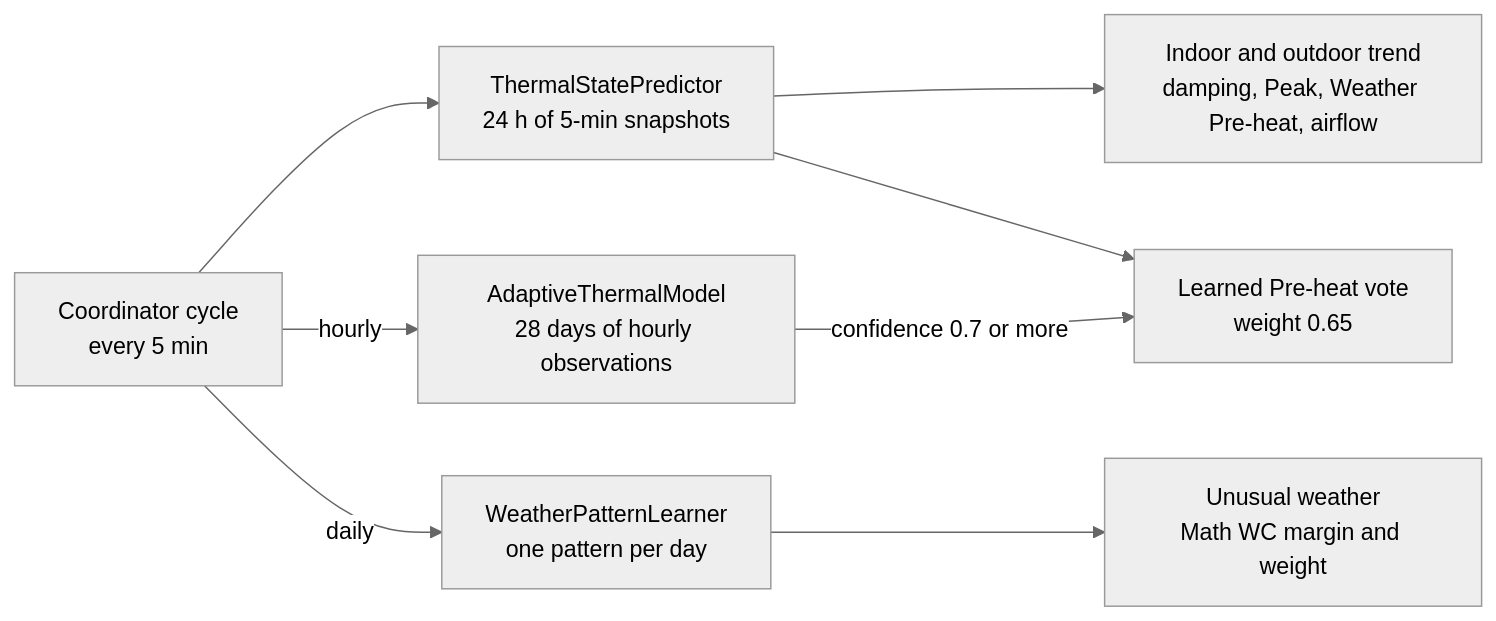
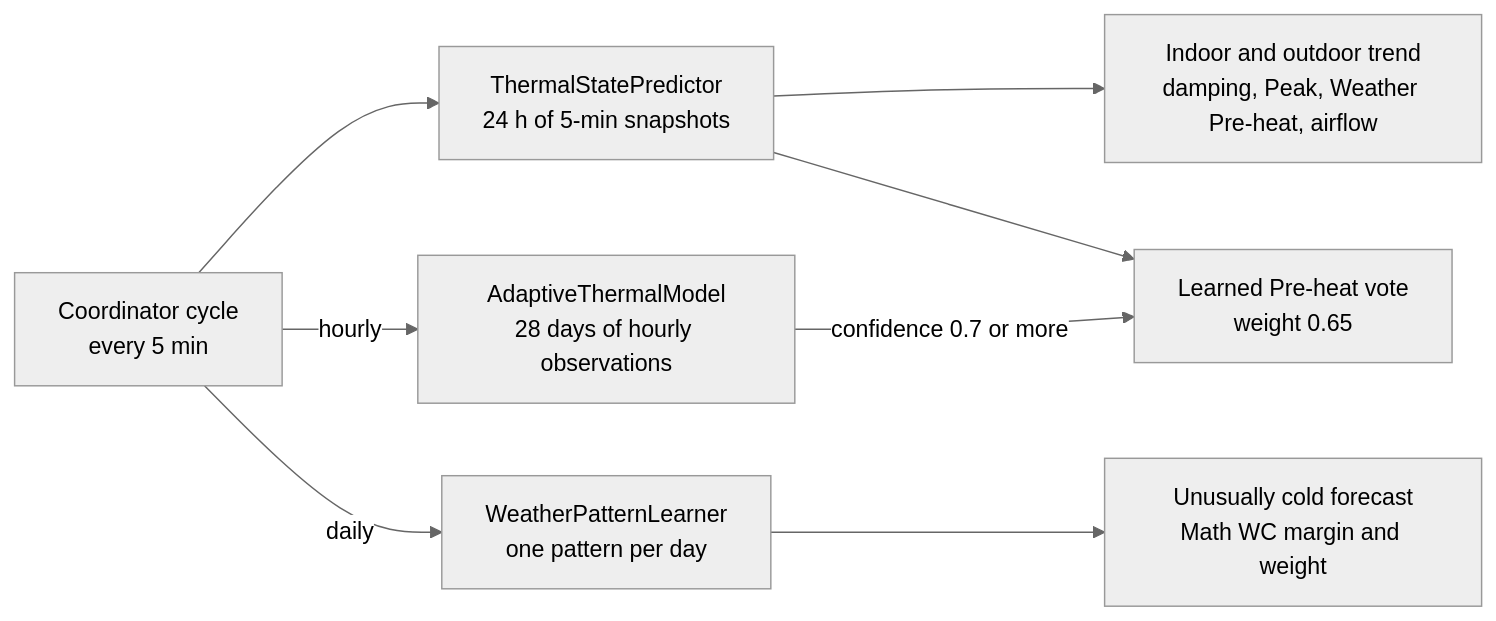
Before and after one commit to enoch85/EffektGuard: the diagram in docs/architecture/06_learning_integration.md, drawn with Mermaid (neutral theme). The commit also changed other lines of this file and 6 other files, not shown here.

````diff
--- a/docs/architecture/06_learning_integration.md
+++ b/docs/architecture/06_learning_integration.md
@@ -7,11 +7,11 @@
 ```mermaid
 flowchart LR
     C["Coordinator cycle<br/>every 5 min"]
     C --> P["ThermalStatePredictor<br/>24 h of 5-min snapshots"]
     C -->|hourly| A["AdaptiveThermalModel<br/>28 days of hourly observations"]
     C -->|daily| W["WeatherPatternLearner<br/>one pattern per day"]
     P --> T["Indoor and outdoor trend<br/>damping, Peak, Weather Pre-heat, airflow"]
     P --> L["Learned Pre-heat vote<br/>weight 0.65"]
     A -->|confidence 0.7 or more| L
-    W --> U["Unusual weather<br/>Math WC margin and weight"]
+    W --> U["Unusually cold forecast<br/>Math WC margin and weight"]
 ```
````
